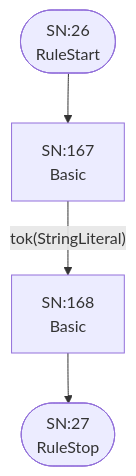
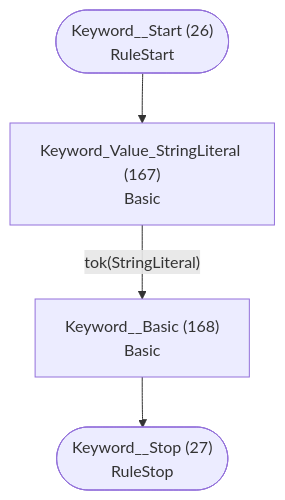
Diagram 14 of 25 in internal/grammar/atn.md (TypeFox/fastbelt), drawn with Mermaid before and after one commit. The commit also changed other lines of this file and 26 other files, not shown here.

````diff
--- a/internal/grammar/atn.md
+++ b/internal/grammar/atn.md
@@ -395,11 +395,11 @@
 ```mermaid
 flowchart TD
-    q26(["SN:26<br/>RuleStart"])
-    q27(["SN:27<br/>RuleStop"])
-    q167["SN:167<br/>Basic<br/>"]
-    q168["SN:168<br/>Basic<br/>"]
+    q26(["Keyword__Start (26)<br/>RuleStart"])
+    q27(["Keyword__Stop (27)<br/>RuleStop"])
+    q167["Keyword_Value_StringLiteral (167)<br/>Basic<br/>"]
+    q168["Keyword__Basic (168)<br/>Basic<br/>"]
 
     q26 --> q167
     q167 -->|"tok(StringLiteral)"| q168
     q168 --> q27
 ```
````
